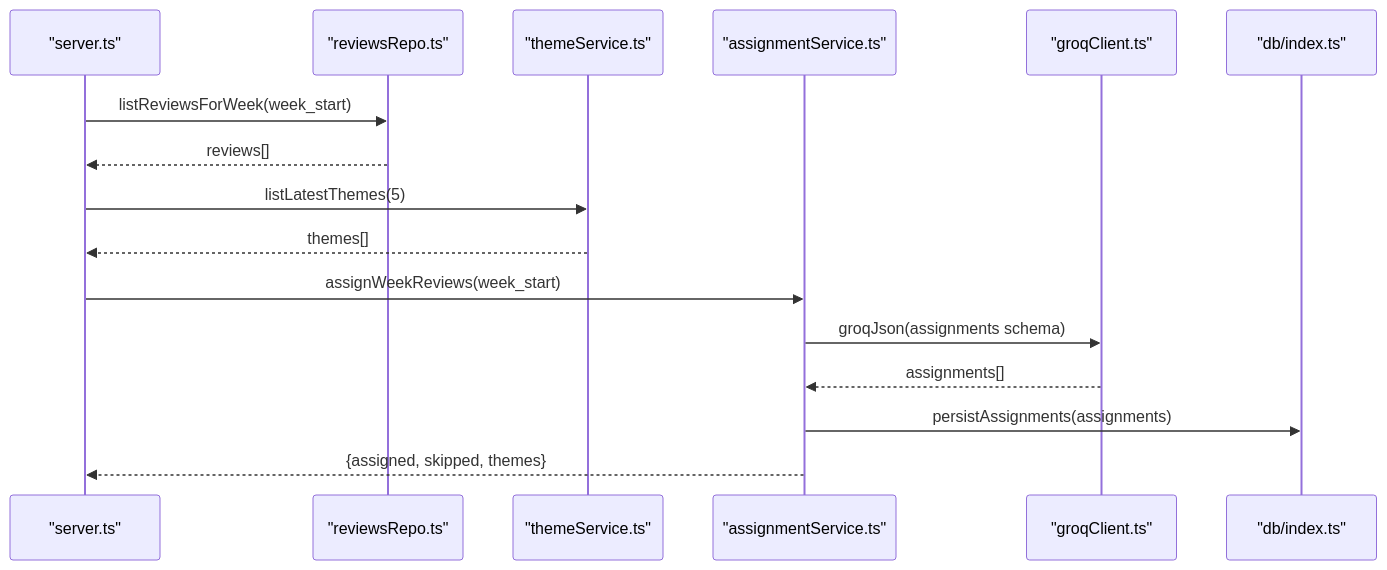
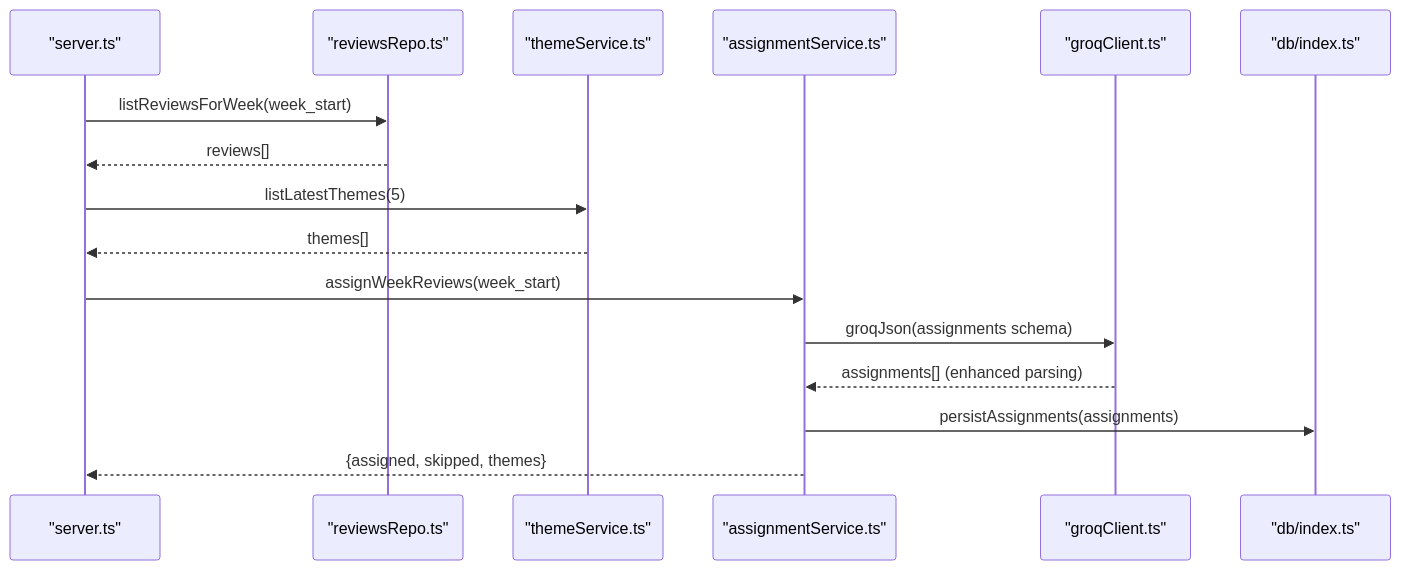
Before and after one commit to aravinthraj-ramalingam/Groww-App-Review-Insights-Analyzer-: the sixth of 13 diagrams in .qoder/repowiki/en/content/Phase 2_ Advanced Analytics & Automation/Phase 2_ Advanced Analytics & Automation.md, drawn with Mermaid. The commit also changed other lines of this file and 5 other files, not shown here.

````diff
--- a/.qoder/repowiki/en/content/Phase 2_ Advanced Analytics & Automation/Phase 2_ Advanced Analytics & Automation.md
+++ b/.qoder/repowiki/en/content/Phase 2_ Advanced Analytics & Automation/Phase 2_ Advanced Analytics & Automation.md
@@ -252,18 +324,18 @@
 ```mermaid
 sequenceDiagram
 participant API as "server.ts"
 participant Repo as "reviewsRepo.ts"
 participant Theme as "themeService.ts"
 participant Assign as "assignmentService.ts"
 participant Groq as "groqClient.ts"
 participant DB as "db/index.ts"
 API->>Repo : listReviewsForWeek(week_start)
 Repo-->>API : reviews[]
 API->>Theme : listLatestThemes(5)
 Theme-->>API : themes[]
 API->>Assign : assignWeekReviews(week_start)
 Assign->>Groq : groqJson(assignments schema)
-Groq-->>Assign : assignments[]
+Groq-->>Assign : assignments[] (enhanced parsing)
 Assign->>DB : persistAssignments(assignments)
 Assign-->>API : {assigned, skipped, themes}
 ```
````
